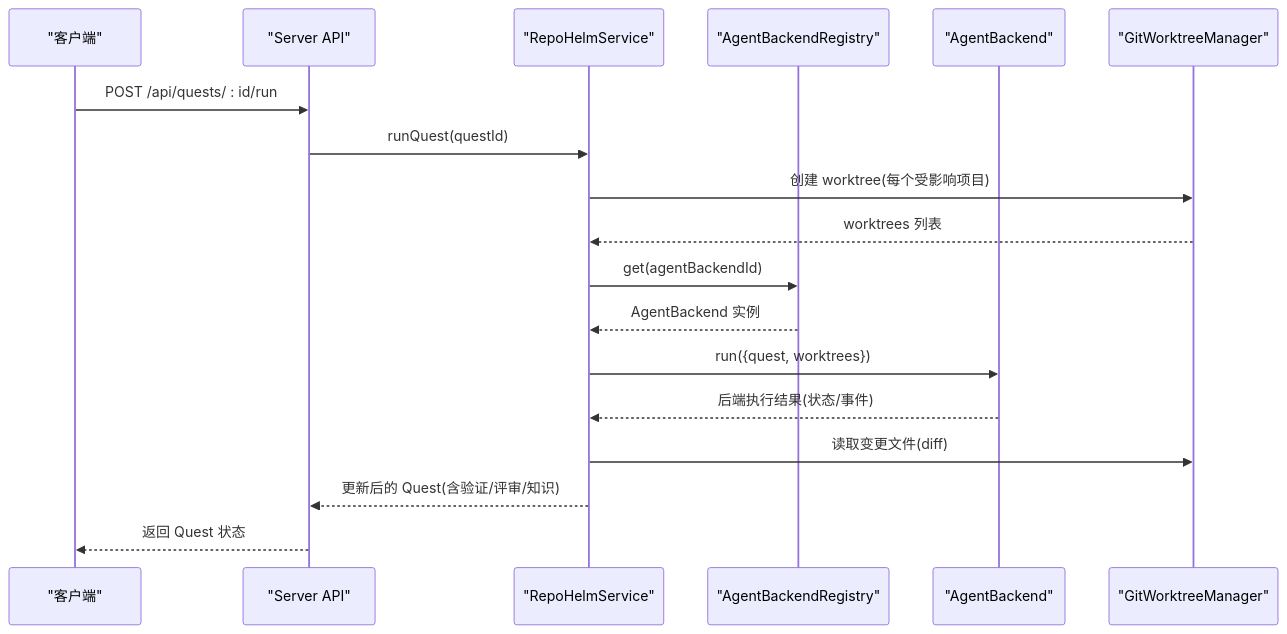
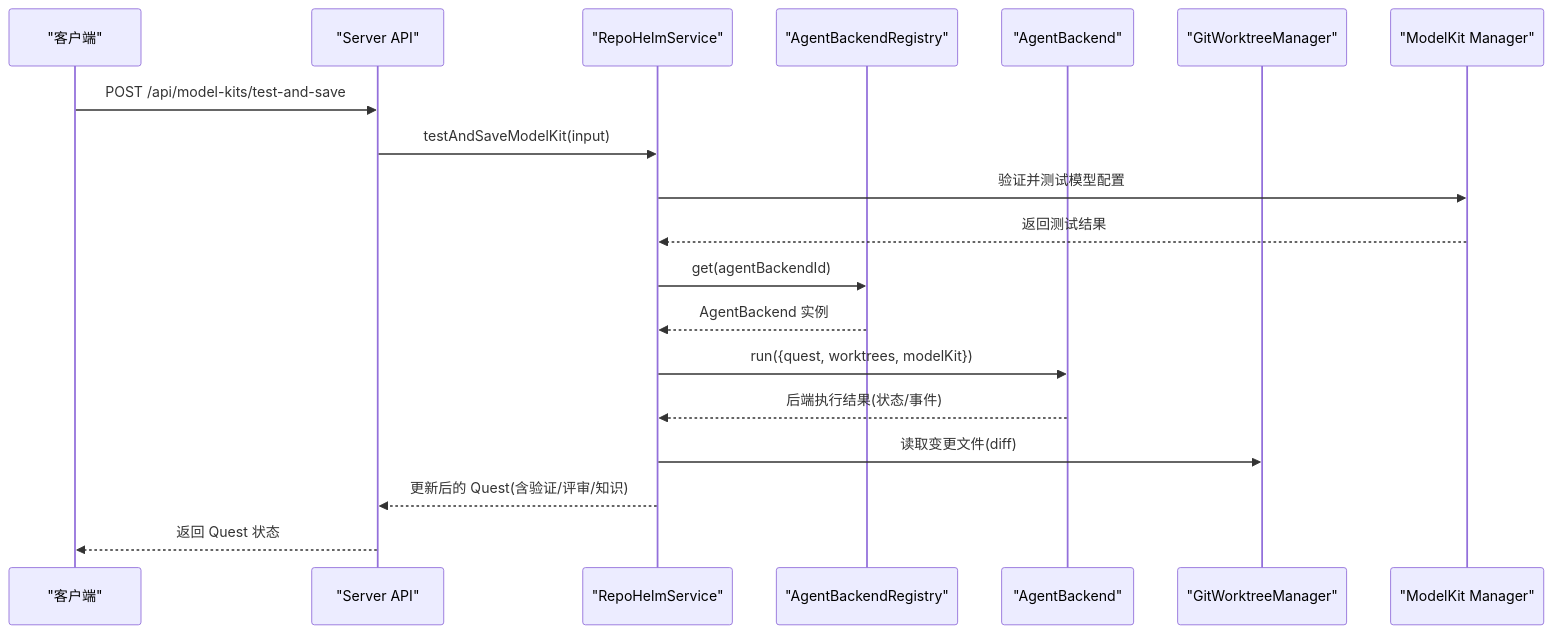
One commit to coconilu/RepoHelm changed the second of 9 diagrams in .qoder/repowiki/zh/content/Agent 后端系统/Agent 后端系统.md. Above: the diagram before and after it, drawn with Mermaid. The commit also changed other lines of this file and 14 other files, not shown here.

First line of the commit message:
Add ModelKit and Sub-Agent features

````diff
--- a/.qoder/repowiki/zh/content/Agent 后端系统/Agent 后端系统.md
+++ b/.qoder/repowiki/zh/content/Agent 后端系统/Agent 后端系统.md
@@ -107,20 +139,21 @@
 ```mermaid
 sequenceDiagram
 participant Client as "客户端"
 participant API as "Server API"
 participant Svc as "RepoHelmService"
 participant Reg as "AgentBackendRegistry"
 participant Backend as "AgentBackend"
 participant Git as "GitWorktreeManager"
-Client->>API : POST /api/quests/ : id/run
-API->>Svc : runQuest(questId)
-Svc->>Git : 创建 worktree(每个受影响项目)
-Git-->>Svc : worktrees 列表
+participant ModelKit as "ModelKit Manager"
+Client->>API : POST /api/model-kits/test-and-save
+API->>Svc : testAndSaveModelKit(input)
+Svc->>ModelKit : 验证并测试模型配置
+ModelKit-->>Svc : 返回测试结果
 Svc->>Reg : get(agentBackendId)
 Reg-->>Svc : AgentBackend 实例
-Svc->>Backend : run({quest, worktrees})
+Svc->>Backend : run({quest, worktrees, modelKit})
 Backend-->>Svc : 后端执行结果(状态/事件)
 Svc->>Git : 读取变更文件(diff)
 Svc-->>API : 更新后的 Quest(含验证/评审/知识)
 API-->>Client : 返回 Quest 状态
 ```
````
